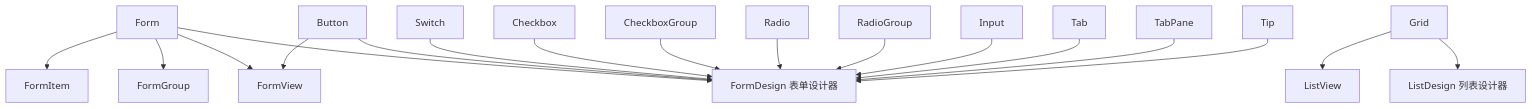
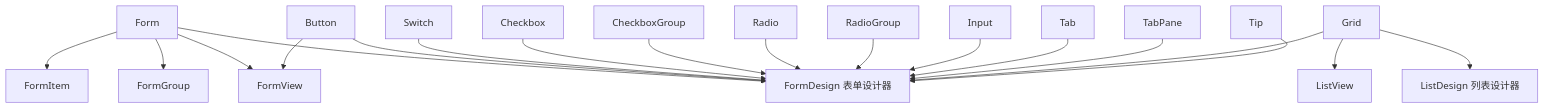
Before and after one commit to x-extends/vxe-ui-docs: the fourth of 4 diagrams in framework.md, drawn with Mermaid.

````diff
--- a/framework.md
+++ b/framework.md
@@ -71,20 +71,21 @@
 ```mermaid
 graph TD;
     Form-->FormGroup;
     Form-->FormItem;
     Form-->FormDesign[FormDesign 表单设计器];
     Button-->FormDesign;
     Switch-->FormDesign;
     Checkbox-->FormDesign;
     CheckboxGroup-->FormDesign;
     Radio-->FormDesign;
     RadioGroup-->FormDesign;
     Input-->FormDesign;
     Tab-->FormDesign;
     TabPane-->FormDesign;
+    Grid-->FormDesign;
     Tip-->FormDesign;
     Form-->FormView;
     Button-->FormView;
     Grid-->ListDesign[ListDesign 列表设计器];
     Grid-->ListView;
 ```
````
